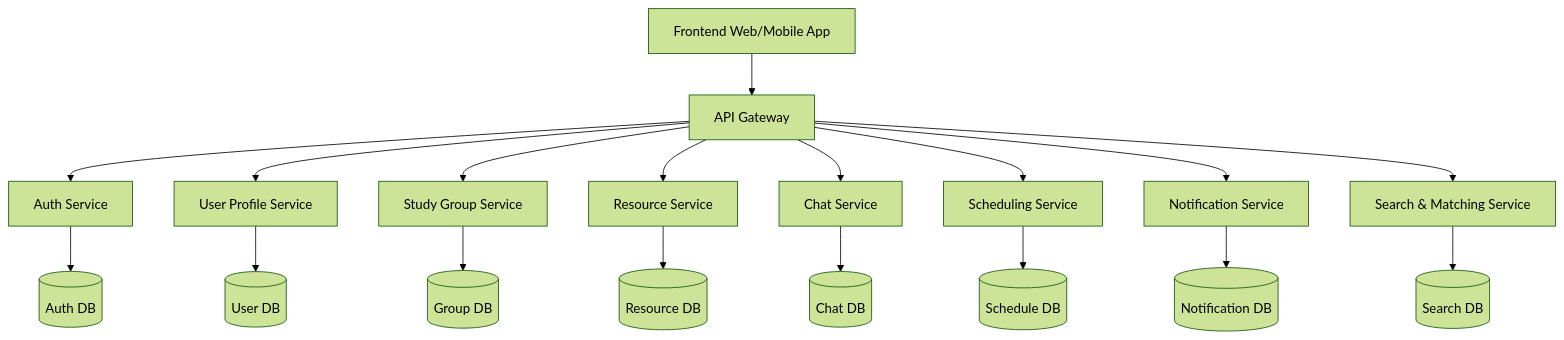
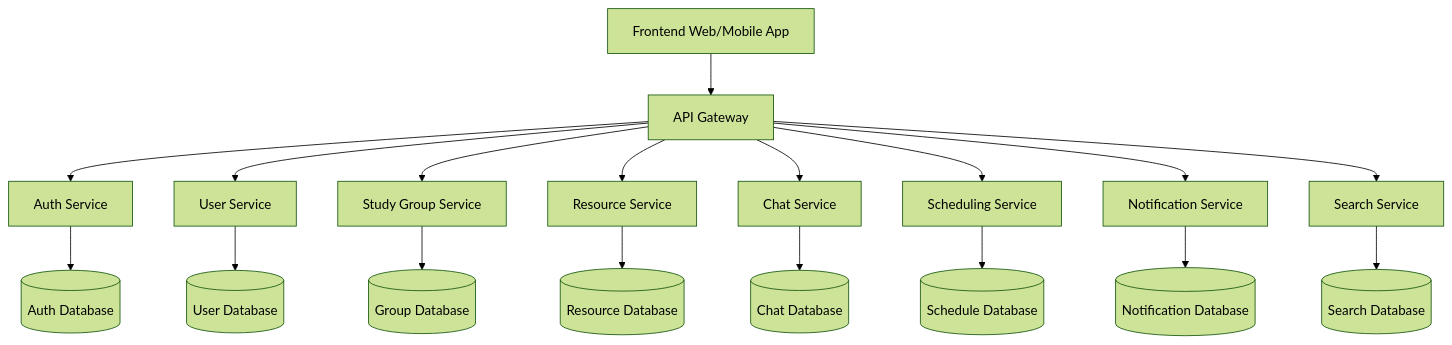
Before and after one commit to lushisulka/holbertonschool-ai4devs: the diagram in architecture_blueprint_assistant/microservices_architecture.mmd, drawn with Mermaid (forest theme). The commit also changed 1 other file, not shown here.

Commit message:
Changes in Microservices Architecture Design

```diff
--- a/architecture_blueprint_assistant/microservices_architecture.mmd
+++ b/architecture_blueprint_assistant/microservices_architecture.mmd
@@ -1,20 +1,20 @@
 graph TD
-  A[Frontend Web/Mobile App] --> B[API Gateway]
+A[Frontend Web/Mobile App] --> B[API Gateway]
 
-  B --> C[Auth Service]
-  B --> D[User Profile Service]
-  B --> E[Study Group Service]
-  B --> F[Resource Service]
-  B --> G[Chat Service]
-  B --> H[Scheduling Service]
-  B --> I[Notification Service]
-  B --> J[Search & Matching Service]
+B --> C[Auth Service]
+B --> D[User Service]
+B --> E[Study Group Service]
+B --> F[Resource Service]
+B --> G[Chat Service]
+B --> H[Scheduling Service]
+B --> I[Notification Service]
+B --> J[Search Service]
 
-  C --> CDB[(Auth DB)]
-  D --> DDB[(User DB)]
-  E --> EDB[(Group DB)]
-  F --> FDB[(Resource DB)]
-  G --> GDB[(Chat DB)]
-  H --> HDB[(Schedule DB)]
-  I --> IDB[(Notification DB)]
-  J --> JDB[(Search DB)]
+C --> CDB[(Auth Database)]
+D --> DDB[(User Database)]
+E --> EDB[(Group Database)]
+F --> FDB[(Resource Database)]
+G --> GDB[(Chat Database)]
+H --> HDB[(Schedule Database)]
+I --> IDB[(Notification Database)]
+J --> JDB[(Search Database)]
```
